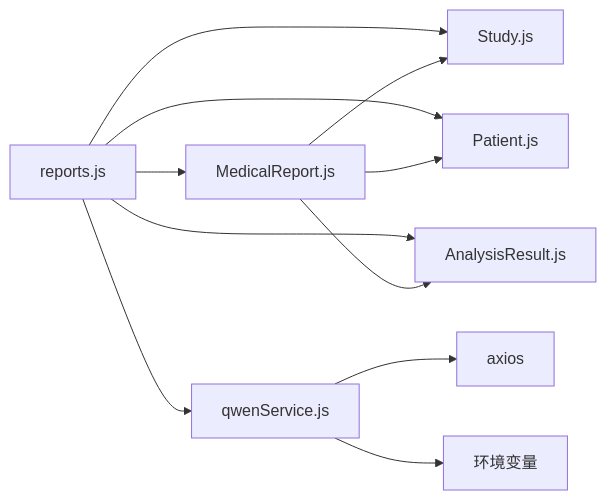
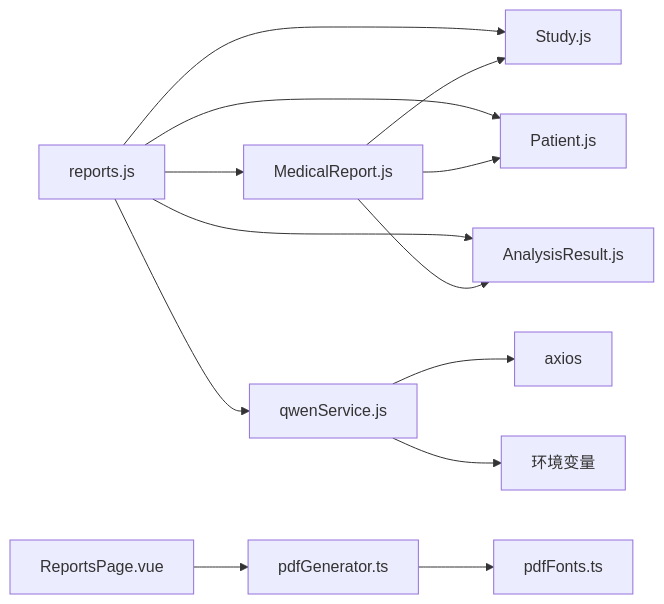
Before and after one commit to xingranya/CervixDetectAI: the seventh of 7 diagrams in wiki/后端架构/业务逻辑层/报告生成服务.md, drawn with Mermaid. The commit also changed other lines of this file and 7 other files, not shown here.

First line of the commit message:
docs(api): 更新头像API文档，新增图片元数据及尺寸字段

````diff
--- a/wiki/后端架构/业务逻辑层/报告生成服务.md
+++ b/wiki/后端架构/业务逻辑层/报告生成服务.md
@@ -229,13 +324,15 @@
 ```mermaid
 graph LR
 reports.js --> MedicalReport.js
 reports.js --> Study.js
 reports.js --> Patient.js
 reports.js --> AnalysisResult.js
 reports.js --> qwenService.js
 MedicalReport.js --> Study.js
 MedicalReport.js --> Patient.js
 MedicalReport.js --> AnalysisResult.js
 qwenService.js --> axios
 qwenService.js --> env[环境变量]
+ReportsPage.vue --> pdfGenerator.ts
+pdfGenerator.ts --> pdfFonts.ts
 ```
````
